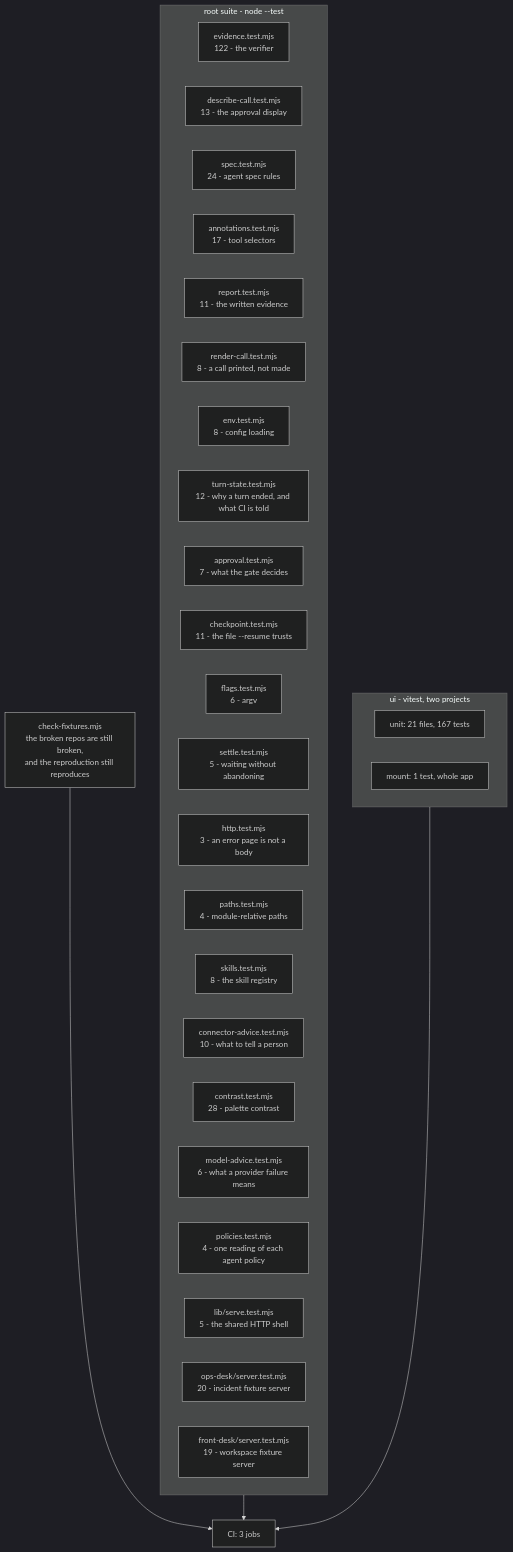
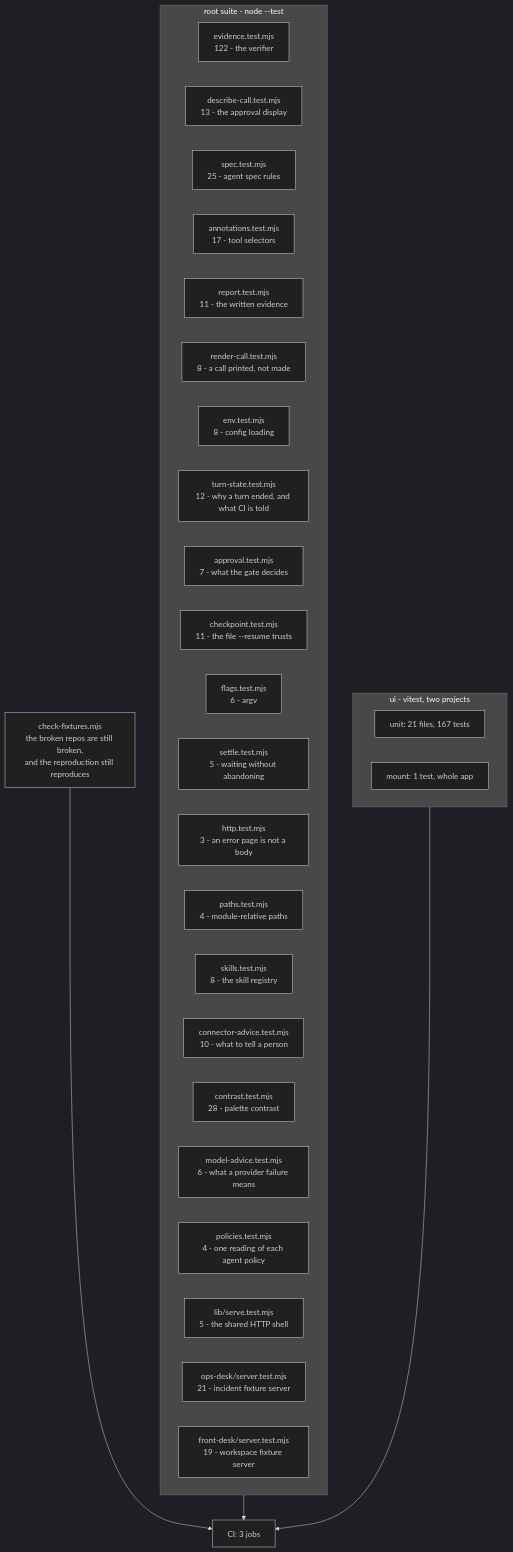
One commit to manumishra12/quartermaster changed the diagram in TESTING.md. Above: the diagram before and after it, drawn with Mermaid (dark theme). The commit also changed other lines of this file and 6 other files, not shown here.

````diff
--- a/TESTING.md
+++ b/TESTING.md
@@ -30,38 +30,38 @@
 ```mermaid
 flowchart TD
   subgraph root["root suite - node --test"]
     EV["evidence.test.mjs<br/>122 - the verifier"]
     DC["describe-call.test.mjs<br/>13 - the approval display"]
-    SP["spec.test.mjs<br/>24 - agent spec rules"]
+    SP["spec.test.mjs<br/>25 - agent spec rules"]
     AN["annotations.test.mjs<br/>17 - tool selectors"]
     RP["report.test.mjs<br/>11 - the written evidence"]
     RC["render-call.test.mjs<br/>8 - a call printed, not made"]
     EN["env.test.mjs<br/>8 - config loading"]
     TS["turn-state.test.mjs<br/>12 - why a turn ended, and what CI is told"]
     AP["approval.test.mjs<br/>7 - what the gate decides"]
     CK["checkpoint.test.mjs<br/>11 - the file --resume trusts"]
     FL["flags.test.mjs<br/>6 - argv"]
     ST["settle.test.mjs<br/>5 - waiting without abandoning"]
     HT["http.test.mjs<br/>3 - an error page is not a body"]
     PA["paths.test.mjs<br/>4 - module-relative paths"]
     SK["skills.test.mjs<br/>8 - the skill registry"]
     CA["connector-advice.test.mjs<br/>10 - what to tell a person"]
     CO["contrast.test.mjs<br/>28 - palette contrast"]
     MA["model-advice.test.mjs<br/>6 - what a provider failure means"]
     PO["policies.test.mjs<br/>4 - one reading of each agent policy"]
     SV["lib/serve.test.mjs<br/>5 - the shared HTTP shell"]
-    OD["ops-desk/server.test.mjs<br/>20 - incident fixture server"]
+    OD["ops-desk/server.test.mjs<br/>21 - incident fixture server"]
     FD["front-desk/server.test.mjs<br/>19 - workspace fixture server"]
   end
 
   subgraph ui["ui - vitest, two projects"]
     U1["unit: 21 files, 167 tests"]
     U2["mount: 1 test, whole app"]
   end
 
   FX["check-fixtures.mjs<br/>the broken repos are still broken,<br/>and the reproduction still reproduces"]
 
   root --> CI["CI: 3 jobs"]
   ui --> CI
   FX --> CI
 ```
````
